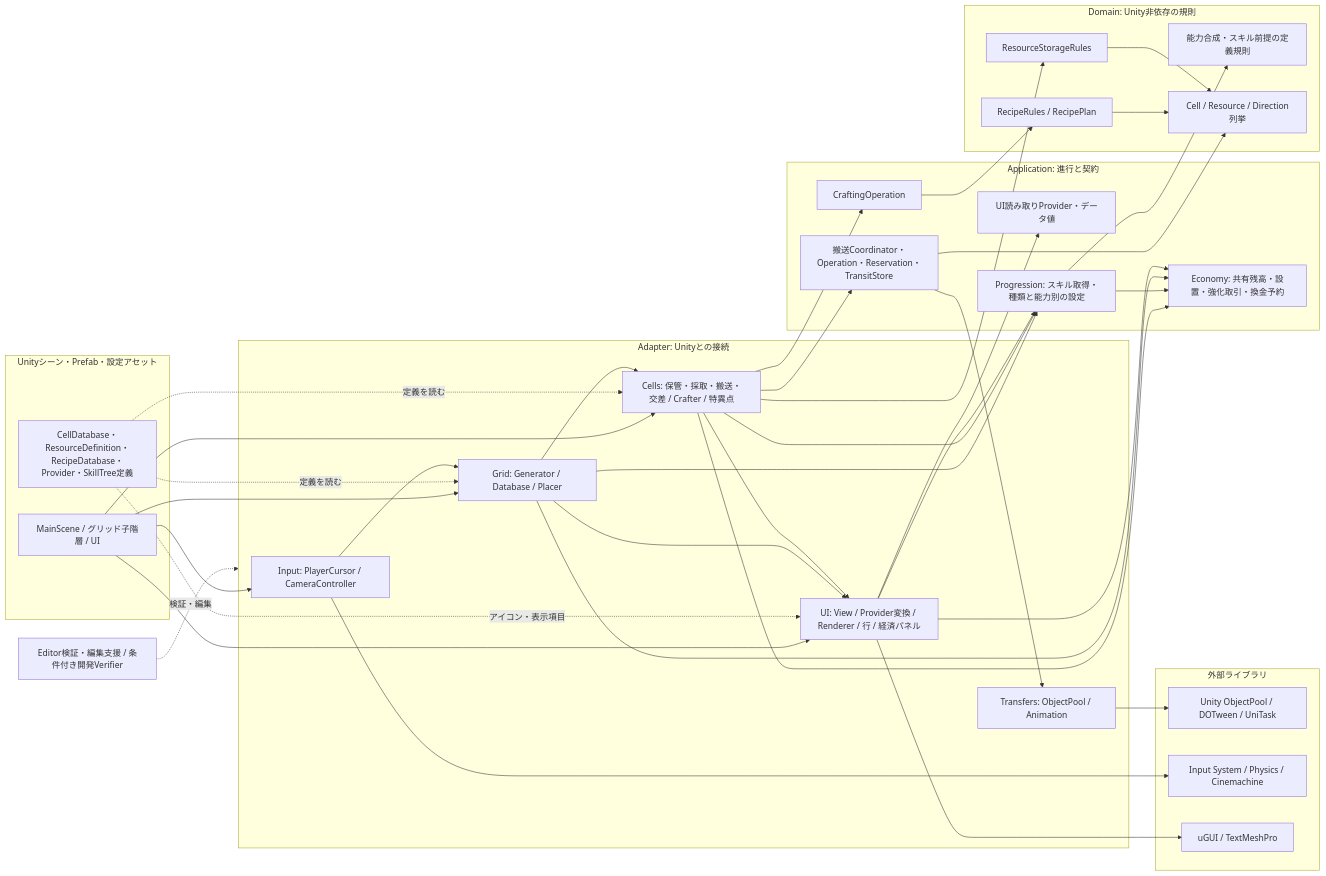
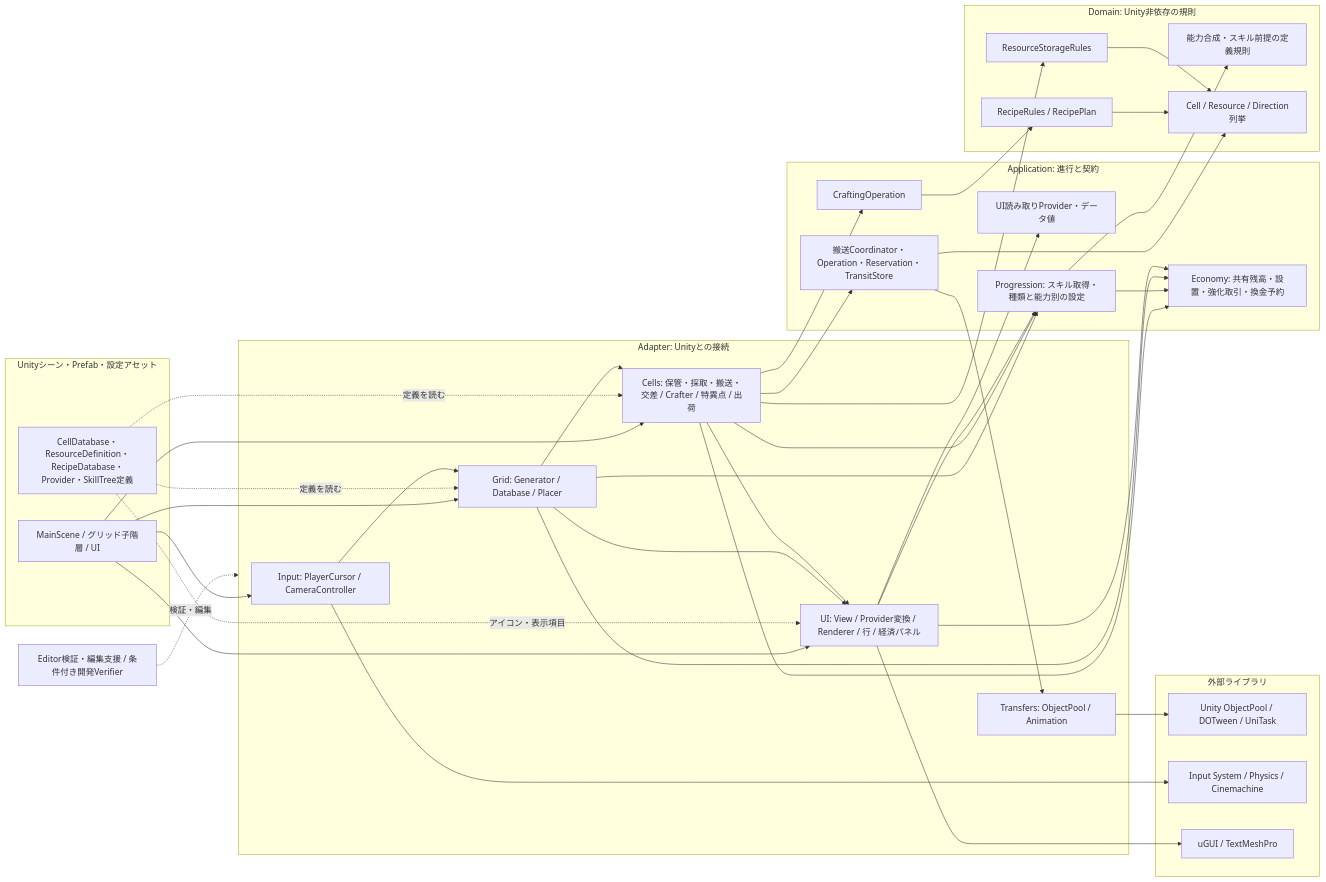
The first of 2 diagrams in docs/design/current-architecture.md (AoiTomiyama/FactoryGame), drawn with Mermaid before and after one commit. The commit also changed other lines of this file and 46 other files, not shown here.

````diff
--- a/docs/design/current-architecture.md
+++ b/docs/design/current-architecture.md
@@ -42,64 +42,64 @@
 ```mermaid
 flowchart LR
  subgraph Scene["Unityシーン・Prefab・設定アセット"]
   Main["MainScene / グリッド子階層 / UI"]
   SO["CellDatabase・ResourceDefinition・RecipeDatabase・Provider・SkillTree定義"]
  end
  subgraph Adapter["Adapter: Unityとの接続"]
   Input["Input: PlayerCursor / CameraController"]
   Grid["Grid: Generator / Database / Placer"]
-  Cells["Cells: 保管・採取・搬送・交差 / Crafter / 特異点"]
+  Cells["Cells: 保管・採取・搬送・交差 / Crafter / 特異点 / 出荷"]
   Presentation["Transfers: ObjectPool / Animation"]
   UI["UI: View / Provider変換 / Renderer / 行 / 経済パネル"]
  end
  subgraph Application["Application: 進行と契約"]
   Transfer["搬送Coordinator・Operation・Reservation・TransitStore"]
   Craft["CraftingOperation"]
   Read["UI読み取りProvider・データ値"]
   Progression["Progression: スキル取得・種類と能力別の設定"]
   Economy["Economy: 共有残高・設置・強化取引・換金予約"]
  end
  subgraph Domain["Domain: Unity非依存の規則"]
   Stats["能力合成・スキル前提の定義規則"]
   Storage["ResourceStorageRules"]
   Recipe["RecipeRules / RecipePlan"]
   Enum["Cell / Resource / Direction列挙"]
  end
  Main --> Input
  Main --> Grid
  Main --> Cells
  Main --> UI
  SO -. "定義を読む" .-> Grid
  SO -. "定義を読む" .-> Cells
  SO -. "アイコン・表示項目" .-> UI
  Input --> Grid
  Grid --> Cells
  Grid --> UI
  Cells --> Economy
  Grid --> Progression
  Cells --> Progression
  Progression --> Economy
  Progression --> Stats
  Grid --> Economy
  Cells --> Transfer
  Cells --> Craft
  Cells --> Storage
  Cells --> UI
  UI --> Read
  Transfer --> Presentation
  Transfer --> Enum
  Craft --> Recipe
  Recipe --> Enum
  Storage --> Enum
  Presentation --> External
  Input --> InputLib
  UI --> UILib
  Editor["Editor検証・編集支援 / 条件付き開発Verifier"] -. "検証・編集" .-> Adapter
  subgraph Libraries["外部ライブラリ"]
  External["Unity ObjectPool / DOTween / UniTask"]
  InputLib["Input System / Physics / Cinemachine"]
  UILib["uGUI / TextMeshPro"]
  end
  UI --> Economy
  UI --> Progression
 ```
````
